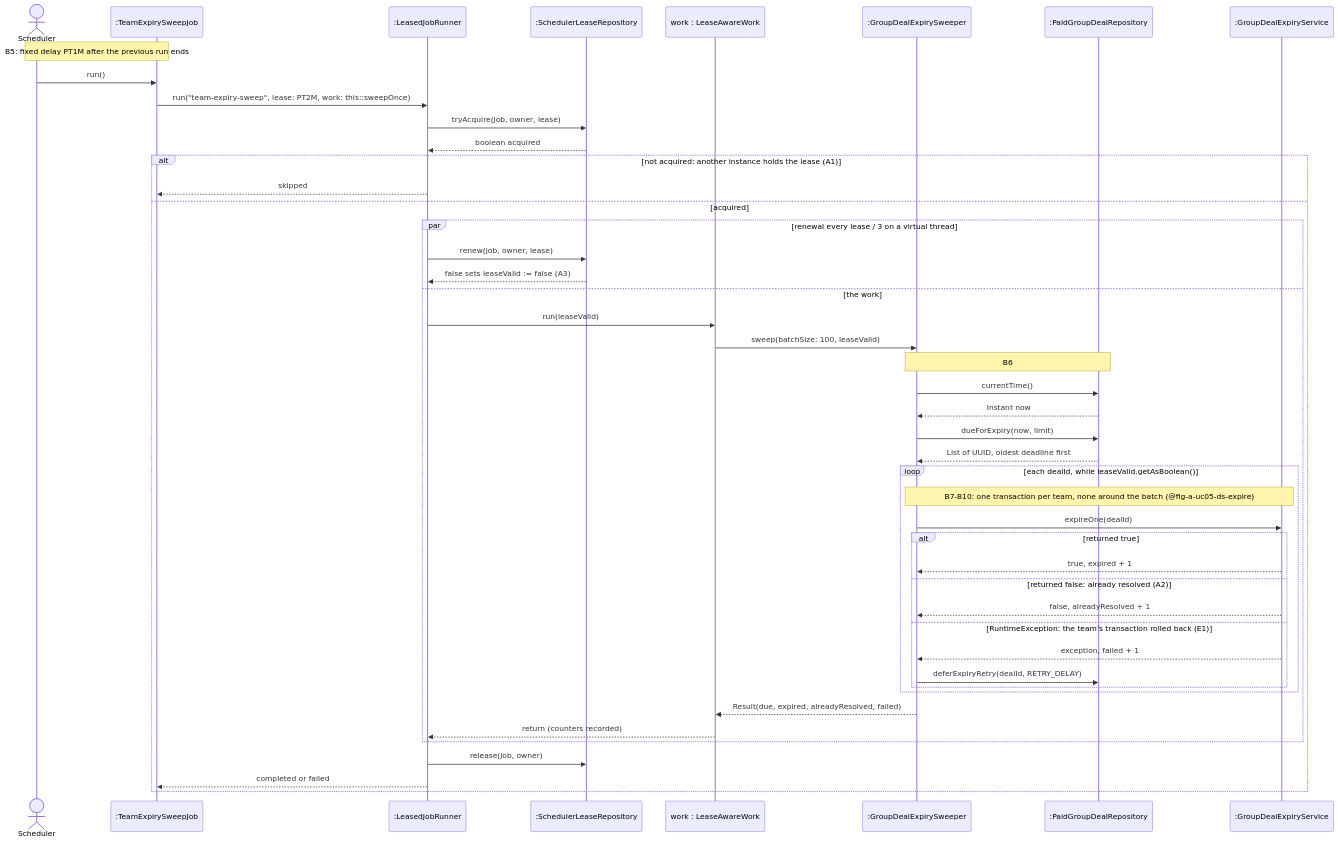
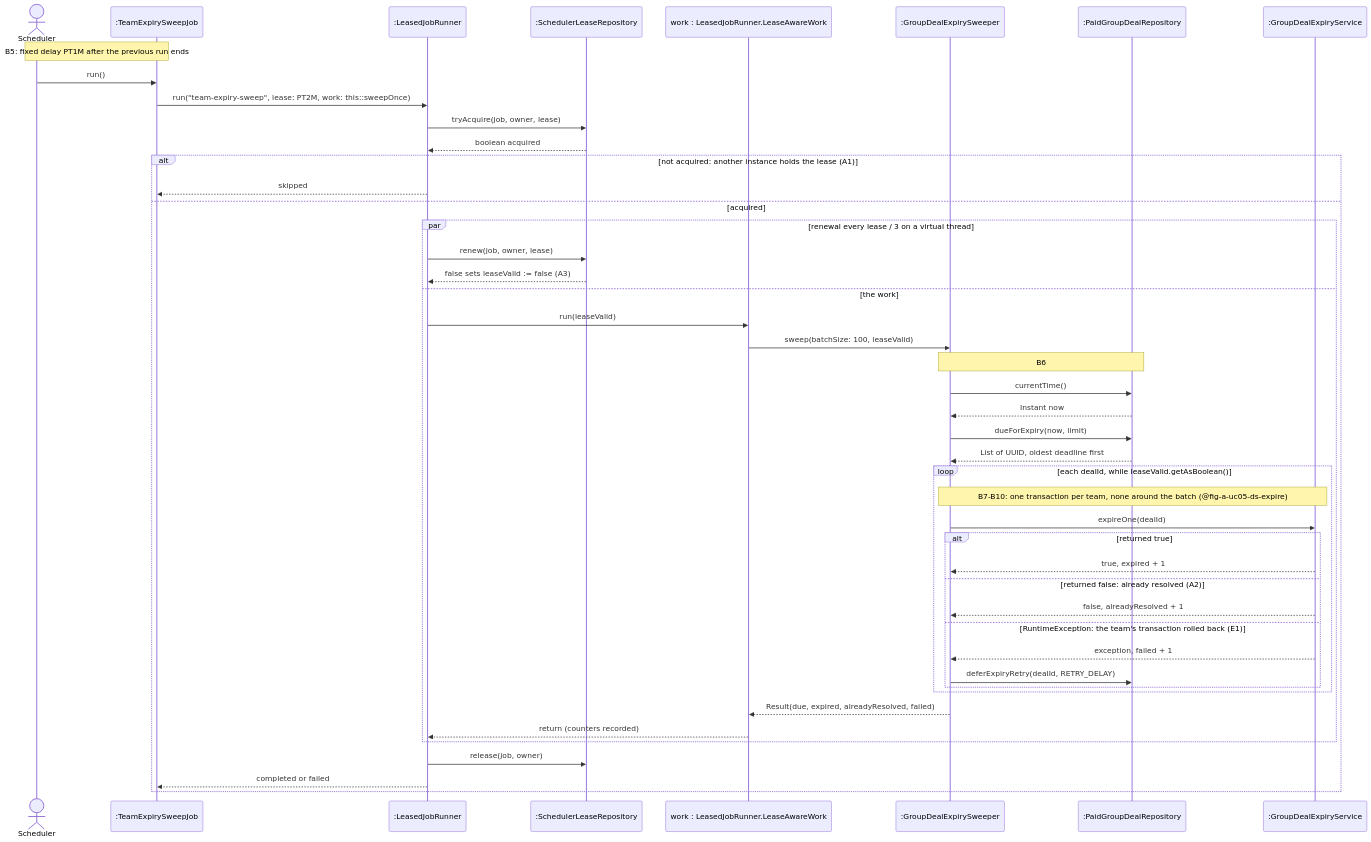
Before and after one commit to PPsyrius/iss-groupbuy-team8: the diagram in docs/swe5001/report/diagrams/appendix-a/src/a-uc05-ds-sweep.mmd, drawn with Mermaid. The commit also changed 86 other files, not shown here.

```diff
--- a/docs/swe5001/report/diagrams/appendix-a/src/a-uc05-ds-sweep.mmd
+++ b/docs/swe5001/report/diagrams/appendix-a/src/a-uc05-ds-sweep.mmd
@@ -1,48 +1,48 @@
 %% frame: UC5 B5-B7: the expiry sweep under its lease (design)
 sequenceDiagram
     actor Sch as Scheduler
     participant Job as :TeamExpirySweepJob
     participant Run as :LeasedJobRunner
     participant Lease as :SchedulerLeaseRepository
-    participant Work as work : LeaseAwareWork
+    participant Work as work : LeasedJobRunner.LeaseAwareWork
     participant Sw as :GroupDealExpirySweeper
     participant Deals as :PaidGroupDealRepository
     participant Exp as :GroupDealExpiryService
 
     Note over Sch,Job: B5: fixed delay PT1M after the previous run ends
     Sch->>Job: run()
     Job->>Run: run("team-expiry-sweep", lease: PT2M, work: this::sweepOnce)
     Run->>Lease: tryAcquire(job, owner, lease)
     Lease-->>Run: boolean acquired
     alt not acquired: another instance holds the lease (A1)
         Run-->>Job: skipped
     else acquired
         par renewal every lease / 3 on a virtual thread
             Run->>Lease: renew(job, owner, lease)
             Lease-->>Run: false sets leaseValid := false (A3)
         and the work
             Run->>Work: run(leaseValid)
             Work->>Sw: sweep(batchSize: 100, leaseValid)
             Note over Sw,Deals: B6
             Sw->>Deals: currentTime()
             Deals-->>Sw: Instant now
             Sw->>Deals: dueForExpiry(now, limit)
             Deals-->>Sw: List of UUID, oldest deadline first
             loop each dealId, while leaseValid.getAsBoolean()
                 Note over Sw,Exp: B7-B10: one transaction per team, none around the batch (@fig-a-uc05-ds-expire)
                 Sw->>Exp: expireOne(dealId)
                 alt returned true
                     Exp-->>Sw: true, expired + 1
                 else returned false: already resolved (A2)
                     Exp-->>Sw: false, alreadyResolved + 1
                 else RuntimeException: the team's transaction rolled back (E1)
                     Exp-->>Sw: exception, failed + 1
                     Sw->>Deals: deferExpiryRetry(dealId, RETRY_DELAY)
                 end
             end
             Sw-->>Work: Result(due, expired, alreadyResolved, failed)
             Work-->>Run: return (counters recorded)
         end
         Run->>Lease: release(job, owner)
         Run-->>Job: completed or failed
     end
```
